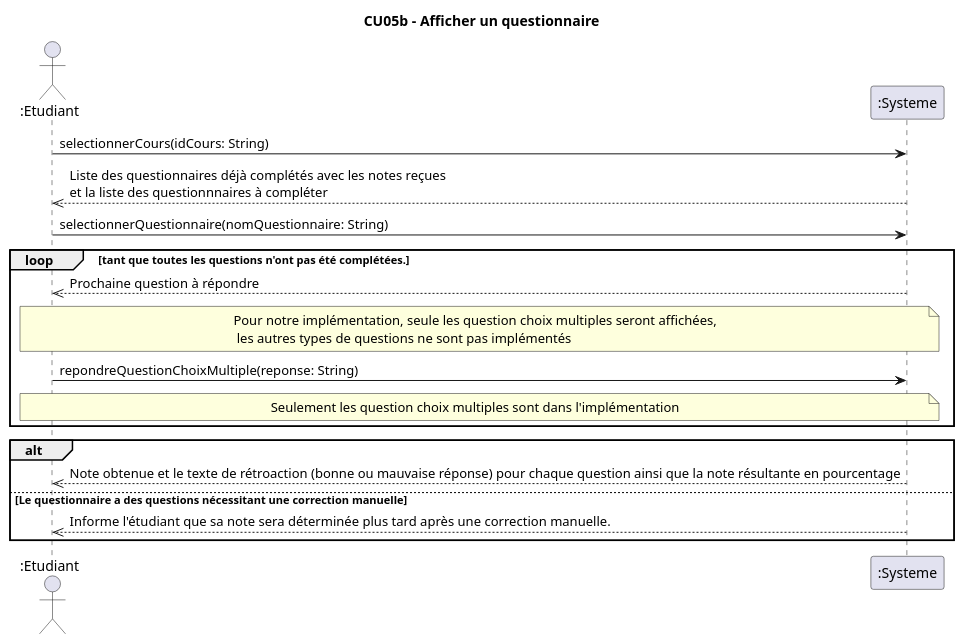
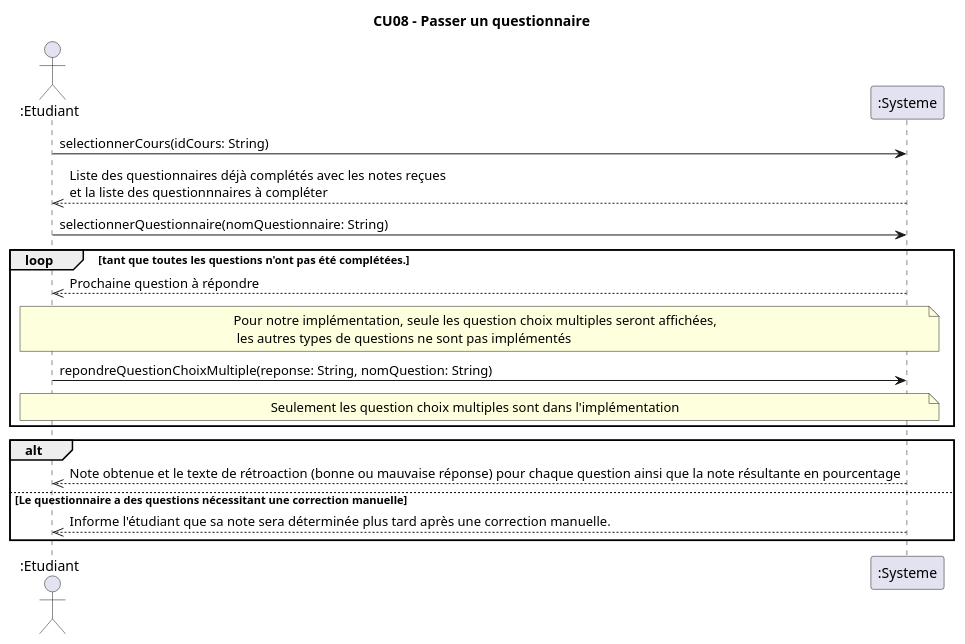
One commit to xMrYahya/moodle-clone changed the diagram in docs/modeles/cu08/dss-passer-questionnaire.puml. Above: the diagram before and after it, drawn with PlantUML. The commit also changed 3 other files, not shown here.

```diff
--- a/docs/modeles/cu08/dss-passer-questionnaire.puml
+++ b/docs/modeles/cu08/dss-passer-questionnaire.puml
@@ -1,24 +1,24 @@
 @startuml
-title CU05b - Afficher un questionnaire
+title CU08 - Passer un questionnaire
 actor ":Etudiant" as e
 participant ":Systeme" as s
 
 e -> s : selectionnerCours(idCours: String) 
 s -->> e : Liste des questionnaires déjà complétés avec les notes reçues\net la liste des questionnnaires à compléter
 'Possiblement afficher les deux dans des sections différentes
 e -> s : selectionnerQuestionnaire(nomQuestionnaire: String)
 loop tant que toutes les questions n'ont pas été complétées.
 
 s -->> e : Prochaine question à répondre
 note over e,s : Pour notre implémentation, seule les question choix multiples seront affichées,\n les autres types de questions ne sont pas implémentés
-e -> s : repondreQuestionChoixMultiple(reponse: String) 
+e -> s : repondreQuestionChoixMultiple(reponse: String, nomQuestion: String) 
 note over e,s : Seulement les question choix multiples sont dans l'implémentation
 end loop
 alt 
 s-->> e : Note obtenue et le texte de rétroaction (bonne ou mauvaise réponse) pour chaque question ainsi que la note résultante en pourcentage
 
 else Le questionnaire a des questions nécessitant une correction manuelle
 s-->> e : Informe l'étudiant que sa note sera déterminée plus tard après une correction manuelle.
 end alt
 
 @enduml
```
